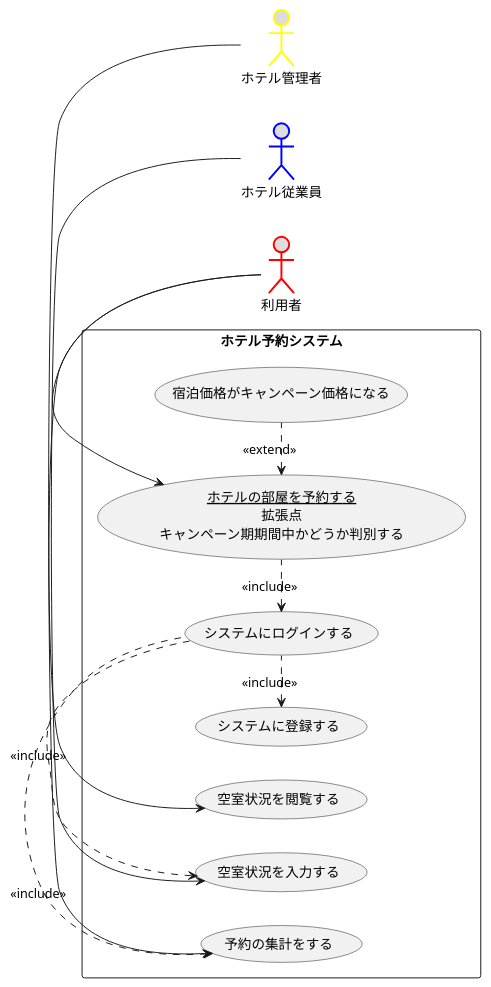
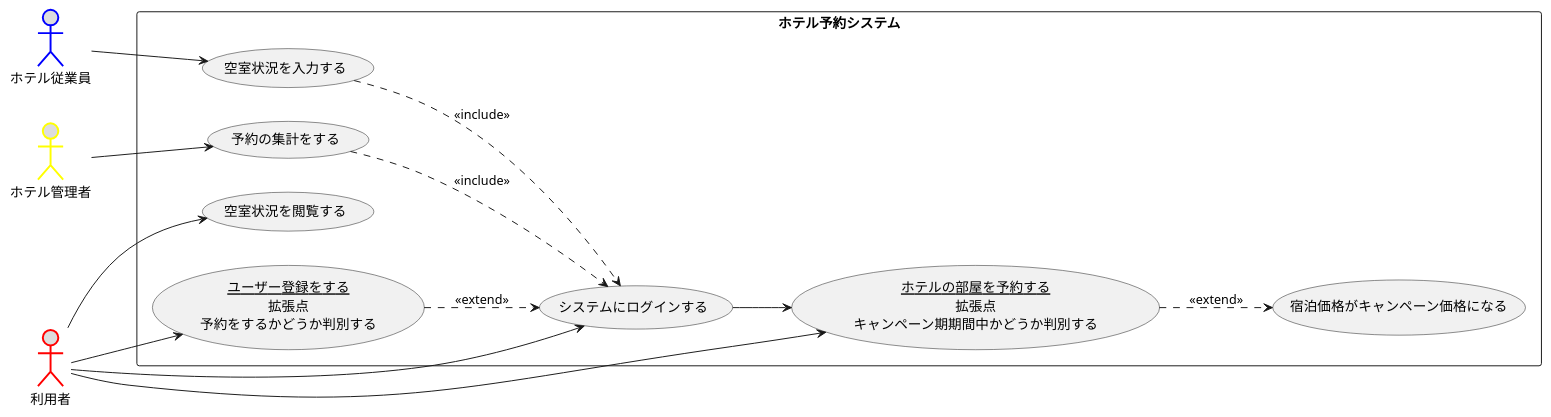
Before and after one commit to Sreia1129/uml-introduction: the diagram in 2章/演習2-8_UC_ホテル予約システム.pu, drawn with PlantUML.

Commit message:
演習2-8の直し

```diff
--- a/2章/演習2-8_UC_ホテル予約システム.pu
+++ b/2章/演習2-8_UC_ホテル予約システム.pu
@@ -1,24 +1,27 @@
 @startuml ホテル予約システム
 left to right direction
 actor 利用者 #DDDDDD;line:Red;line.bold;
 actor ホテル従業員 #DDDDDD;line:Blue;line.bold;
 actor ホテル管理者 #DDDDDD;line:Yellow;line.bold;
 rectangle ホテル予約システム{
 usecase 空室状況を閲覧する
 usecase 空室状況を入力する
 usecase 予約の集計をする
+usecase (<u>ユーザー登録をする</u>\n拡張点\n予約をするかどうか判別する)as set
 usecase システムにログインする
-usecase システムに登録する
 usecase (<u>ホテルの部屋を予約する</u>\n拡張点\nキャンペーン期期間中かどうか判別する) as input
+
 usecase 宿泊価格がキャンペーン価格になる
 }
-input <. (宿泊価格がキャンペーン価格になる) : <<extend>>
-システムにログインする <. input : << include >>
-input <- 利用者
-システムに登録する <. システムにログインする : <<include>>
-空室状況を閲覧する <- 利用者
-空室状況を入力する <- ホテル従業員
-予約の集計をする <- ホテル管理者
-空室状況を入力する <. システムにログインする : <<include>>
-予約の集計をする <. システムにログインする : <<include>>
+利用者 --> システムにログインする 
+利用者 --> 空室状況を閲覧する 
+利用者 --> input 
+利用者 --> set
+set ..> システムにログインする :<<extend>>
+ホテル従業員 --> 空室状況を入力する 
+ホテル管理者 --> 予約の集計をする 
+input ..> 宿泊価格がキャンペーン価格になる : <<extend>>
+システムにログインする -->input 
+空室状況を入力する ..> システムにログインする : <<include>>
+予約の集計をする ..> システムにログインする : <<include>>
 @enduml
```
